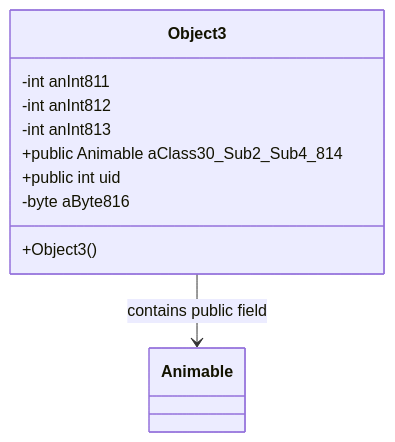
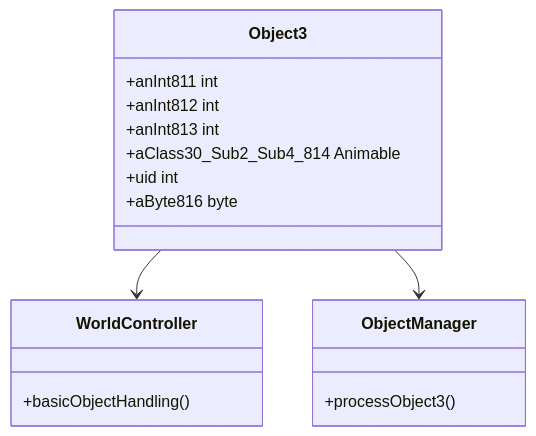
The diagram in bytecode/mapping/evidence/verified/Object3_ZIKPHIFI.md (daxxog/solmud), drawn with Mermaid before and after one commit. The commit also changed other lines of this file and 6 other files, not shown here.

````diff
--- a/bytecode/mapping/evidence/verified/Object3_ZIKPHIFI.md
+++ b/bytecode/mapping/evidence/verified/Object3_ZIKPHIFI.md
@@ -16,11 +17,13 @@
 ```mermaid
 classDiagram
-    Object3 --> Animable : contains public field
-    Object3 : +Object3()
-    Object3 : -int anInt811
-    Object3 : -int anInt812
-    Object3 : -int anInt813
-    Object3 : +public Animable aClass30_Sub2_Sub4_814
-    Object3 : +public int uid
-    Object3 : -byte aByte816
+    Object3 --> WorldController
+    Object3 --> ObjectManager
+    WorldController : +basicObjectHandling()
+    ObjectManager : +processObject3()
+    Object3 : +anInt811 int
+    Object3 : +anInt812 int
+    Object3 : +anInt813 int
+    Object3 : +aClass30_Sub2_Sub4_814 Animable
+    Object3 : +uid int
+    Object3 : +aByte816 byte
 ```
````
